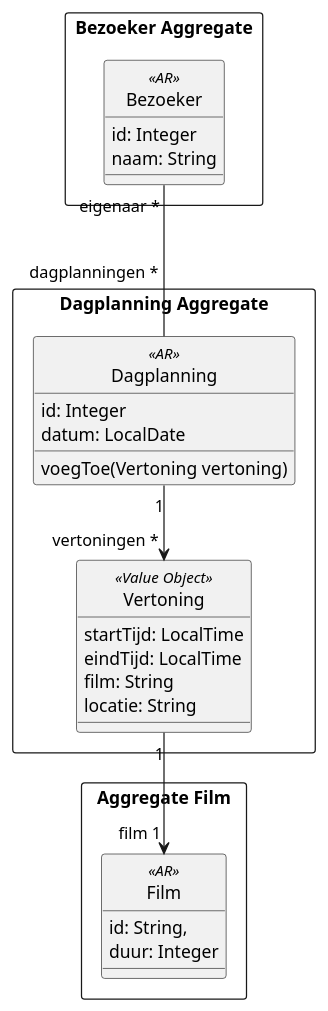
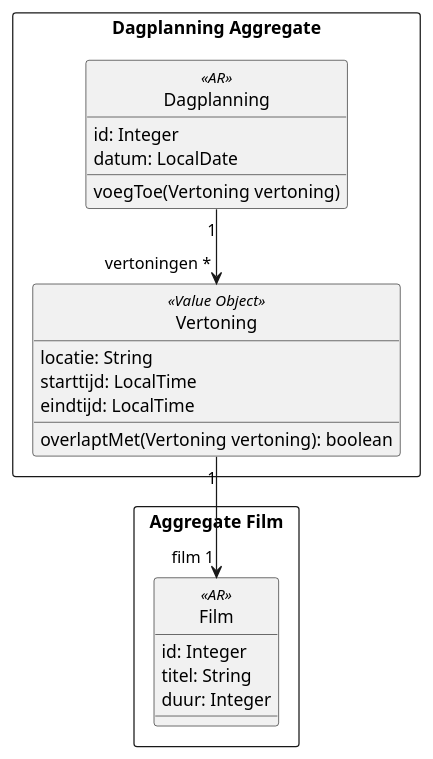
Before and after one commit to AIM-ENE/doex-opdracht-3: the diagram in weekopdracht/casusbeschrijving/klassendiagram-domein.puml, drawn with PlantUML. The commit also changed 4 other files, not shown here.

Commit message:
Synchroniseer klassendiagram met code

```diff
--- a/weekopdracht/casusbeschrijving/klassendiagram-domein.puml
+++ b/weekopdracht/casusbeschrijving/klassendiagram-domein.puml
@@ -1,45 +1,33 @@
 @startuml
 
 hide circle
-
-'left to right direction
-
-'skinparam linetype ortho
-'skinparam linetype polyline
-
-rectangle "Bezoeker Aggregate" {
-    class Bezoeker <<AR>> {
-        id: Integer
-        naam: String
-    }
-}
 
 rectangle "Dagplanning Aggregate" {
     class Dagplanning <<AR>> {
         id: Integer
         datum: LocalDate
         voegToe(Vertoning vertoning)
     }
 
     class Vertoning <<Value Object>> {
-        startTijd: LocalTime
-        eindTijd: LocalTime
-        film: String
         locatie: String
+        starttijd: LocalTime
+        eindtijd: LocalTime
+        overlaptMet(Vertoning vertoning): boolean
     }
 }
 
 rectangle "Aggregate Film\n" {
     class Film <<AR>> {
-        id: String,
+        id: Integer
+        titel: String
         duur: Integer
 
 }
 
-Bezoeker " eigenaar *" --- "dagplanningen *\n\n" Dagplanning
 
 Dagplanning "1" --> " vertoningen *" Vertoning
 
 Vertoning "1" --> "film 1" Film
 
 @enduml
```
